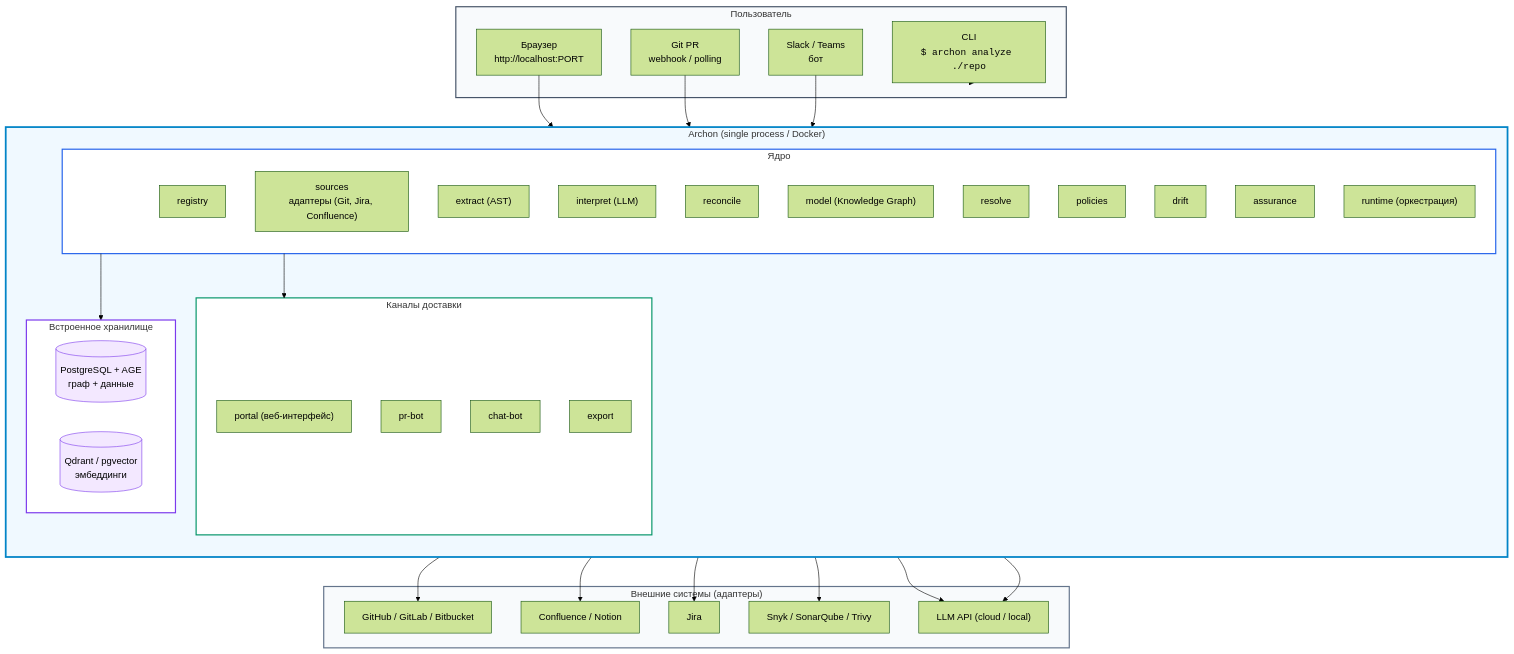
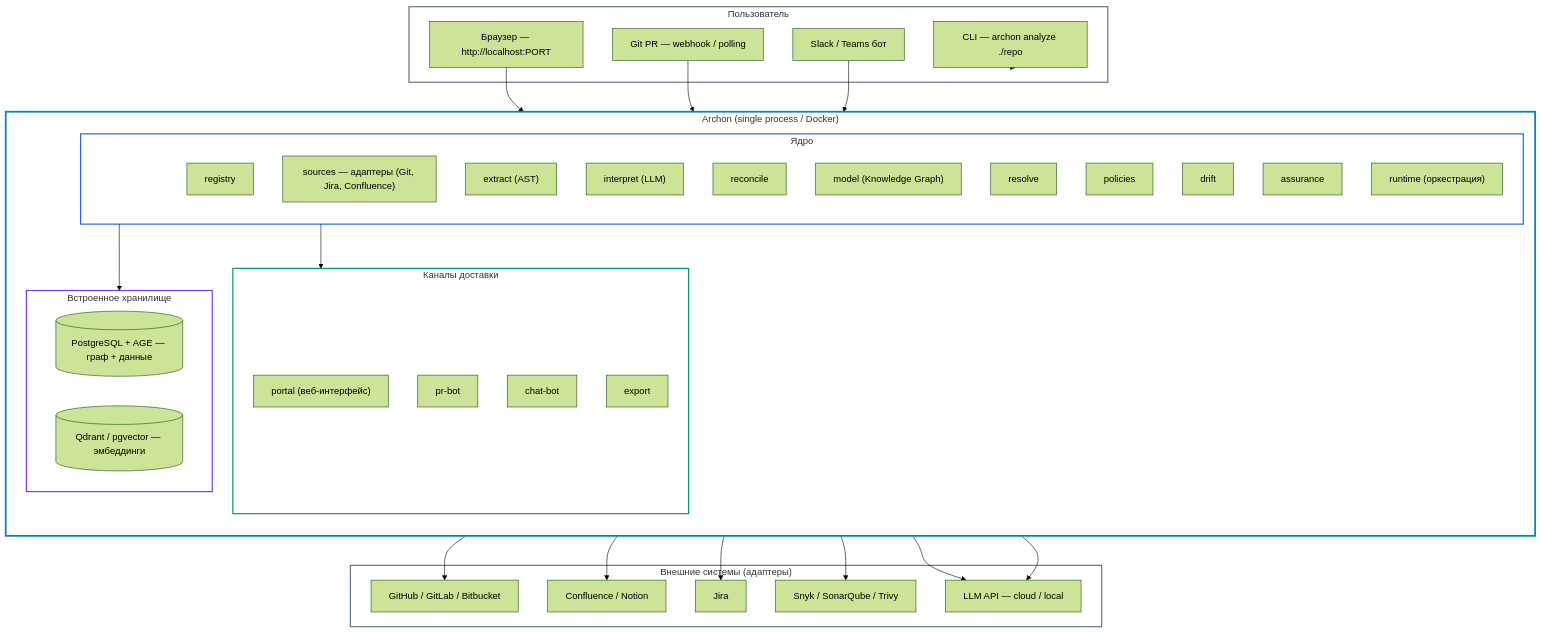
Before and after one commit to teamv39/archon: the diagram in docs/adr/0005-product-scope-and-delivery-model.md, drawn with Mermaid (forest theme).

Commit message:
Docs: fixed coloring

````diff
--- a/docs/adr/0005-product-scope-and-delivery-model.md
+++ b/docs/adr/0005-product-scope-and-delivery-model.md
@@ -80,73 +80,70 @@
 ```mermaid
 flowchart TB
     subgraph USER ["Пользователь"]
-        cli["CLI<br><code>$ archon analyze ./repo</code>"]
-        browser["Браузер<br>http://localhost:PORT"]
-        git["Git PR<br>webhook / polling"]
-        messenger["Slack / Teams<br>бот"]
+        cli["CLI — archon analyze ./repo"]
+        browser["Браузер — http://localhost:PORT"]
+        git["Git PR — webhook / polling"]
+        messenger["Slack / Teams бот"]
     end
 
     subgraph ARCHON ["Archon (single process / Docker)"]
         direction TB
 
         subgraph CORE ["Ядро"]
             registry["registry"]
-            sources["sources<br>адаптеры (Git, Jira, Confluence)"]
+            sources["sources — адаптеры (Git, Jira, Confluence)"]
             extract["extract (AST)"]
             interpret["interpret (LLM)"]
             reconcile["reconcile"]
             model["model (Knowledge Graph)"]
             resolve["resolve"]
             policies["policies"]
             drift["drift"]
             assurance["assurance"]
             runtime["runtime (оркестрация)"]
         end
 
         subgraph DELIVERY ["Каналы доставки"]
             portal["portal (веб-интерфейс)"]
             prbot["pr-bot"]
             chatbot["chat-bot"]
             export["export"]
         end
 
         subgraph STORAGE ["Встроенное хранилище"]
-            pg[("PostgreSQL + AGE<br>граф + данные")]
-            vec[("Qdrant / pgvector<br>эмбеддинги")]
+            pg[("PostgreSQL + AGE — граф + данные")]
+            vec[("Qdrant / pgvector — эмбеддинги")]
         end
     end
 
     subgraph EXTERNAL ["Внешние системы (адаптеры)"]
         github["GitHub / GitLab / Bitbucket"]
         confluence["Confluence / Notion"]
         jira["Jira"]
         sast["Snyk / SonarQube / Trivy"]
-        llm_api["LLM API (cloud / local)"]
+        llm_api["LLM API — cloud / local"]
     end
 
     cli --> CORE
     browser --> portal
     git --> prbot
     messenger --> chatbot
 
     sources --> github
     sources --> confluence
     sources --> jira
     sources --> sast
     interpret --> llm_api
     drift --> llm_api
 
     CORE --> STORAGE
     CORE --> DELIVERY
 
-    %% Стили и цветовая дифференциация фреймов
-    style USER fill:#f8fafc,stroke:#475569,stroke-width:2px
-    style ARCHON fill:#f0f9ff,stroke:#0284c7,stroke-width:3px
-    style CORE fill:#ffffff,stroke:#2563eb,stroke-width:2px
-    style DELIVERY fill:#ffffff,stroke:#059669,stroke-width:2px
-    style STORAGE fill:#ffffff,stroke:#7c3aed,stroke-width:2px
-    style EXTERNAL fill:#f8fafc,stroke:#64748b,stroke-width:2px
-
-    style pg fill:#f3e8ff,stroke:#7c3aed,stroke-width:1px
-    style vec fill:#f3e8ff,stroke:#7c3aed,stroke-width:1px
+    %% Цветовые границы фреймов (fill:none гарантирует отличную читаемость текста в Light и Dark теме)
+    style USER fill:none,stroke:#64748b,stroke-width:2px
+    style ARCHON fill:none,stroke:#0284c7,stroke-width:3px
+    style CORE fill:none,stroke:#2563eb,stroke-width:2px
+    style DELIVERY fill:none,stroke:#059669,stroke-width:2px
+    style STORAGE fill:none,stroke:#7c3aed,stroke-width:2px
+    style EXTERNAL fill:none,stroke:#64748b,stroke-width:2px
 ```
````
